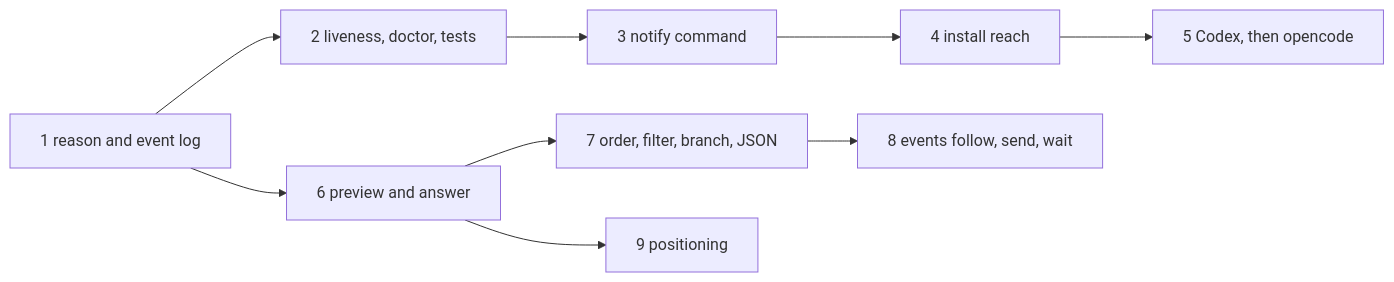
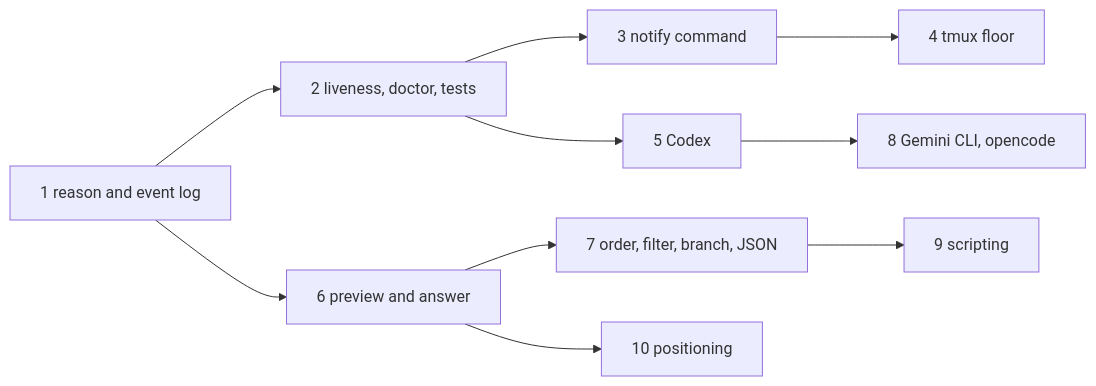
One commit to arisros/tmux-agent-deck changed the diagram in docs/roadmap.md. Above: the diagram before and after it, drawn with Mermaid. The commit also changed other lines of this file and 1 other file, not shown here.

Commit message:
docs: ground the roadmap in agent and tmux research

````diff
--- a/docs/roadmap.md
+++ b/docs/roadmap.md
@@ -26,11 +26,12 @@
 ```mermaid
 flowchart LR
   A[1 reason and event log] --> B[2 liveness, doctor, tests]
   B --> C[3 notify command]
-  C --> D[4 install reach]
-  D --> E[5 Codex, then opencode]
+  C --> D[4 tmux floor]
+  B --> E[5 Codex]
+  E --> J[8 Gemini CLI, opencode]
   A --> F[6 preview and answer]
   F --> G[7 order, filter, branch, JSON]
-  G --> H[8 events follow, send, wait]
-  F --> I[9 positioning]
+  G --> H[9 scripting]
+  F --> I[10 positioning]
 ```
````
